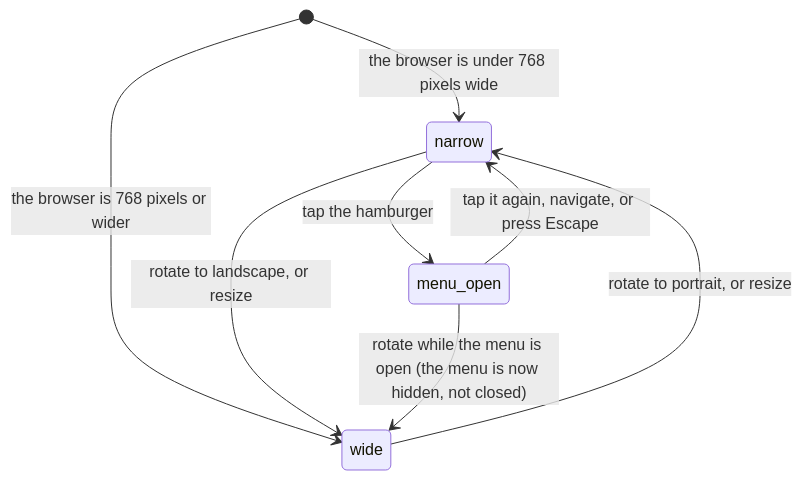
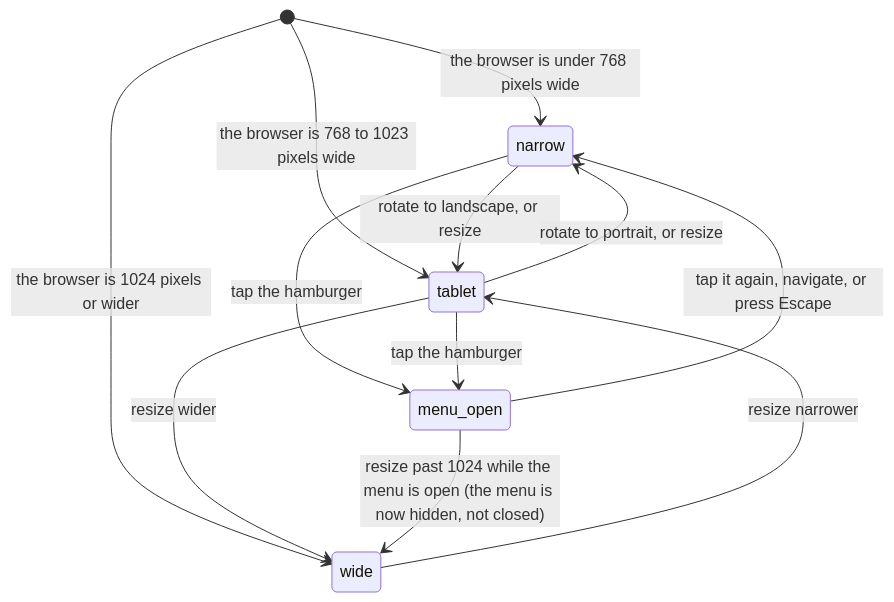
The diagram in docs/product-description/cross-cutting/on-a-phone.md (DougZeThug/717rec), drawn with Mermaid before and after one commit. The commit also changed other lines of this file and 4 other files, not shown here.

First line of the commit message:
Show the hamburger menu below 1024px (UX audit Q1 / X-01)

````diff
--- a/docs/product-description/cross-cutting/on-a-phone.md
+++ b/docs/product-description/cross-cutting/on-a-phone.md
@@ -76,10 +89,14 @@
 ```mermaid
 stateDiagram-v2
     [*] --> narrow : the browser is under 768 pixels wide
-    [*] --> wide : the browser is 768 pixels or wider
-    narrow --> wide : rotate to landscape, or resize
-    wide --> narrow : rotate to portrait, or resize
+    [*] --> tablet : the browser is 768 to 1023 pixels wide
+    [*] --> wide : the browser is 1024 pixels or wider
+    narrow --> tablet : rotate to landscape, or resize
+    tablet --> wide : resize wider
+    wide --> tablet : resize narrower
+    tablet --> narrow : rotate to portrait, or resize
     narrow --> menu_open : tap the hamburger
+    tablet --> menu_open : tap the hamburger
     menu_open --> narrow : tap it again, navigate, or press Escape
-    menu_open --> wide : rotate while the menu is open (the menu is now hidden, not closed)
+    menu_open --> wide : resize past 1024 while the menu is open (the menu is now hidden, not closed)
 ```
````
